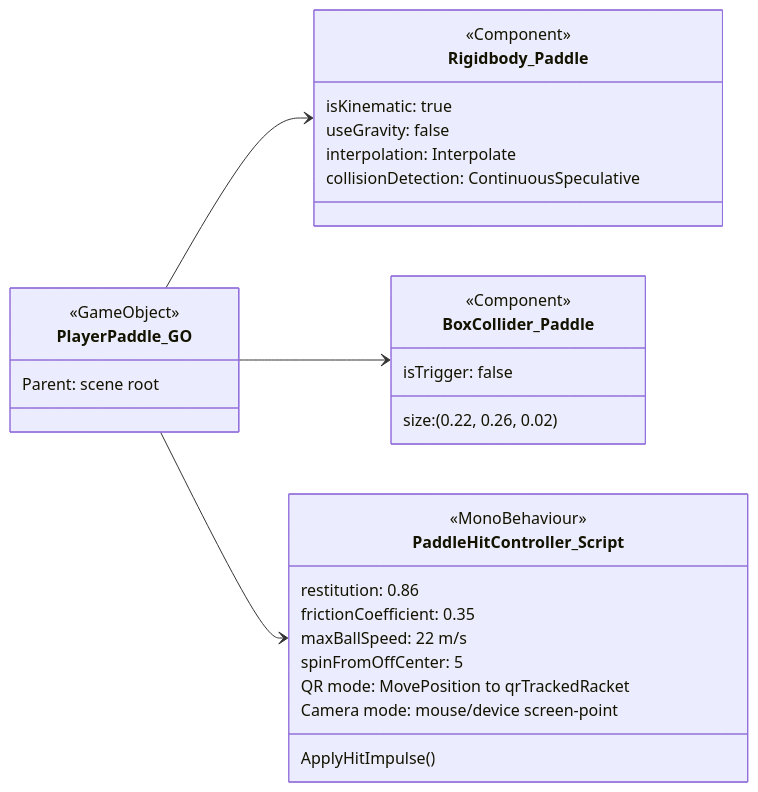
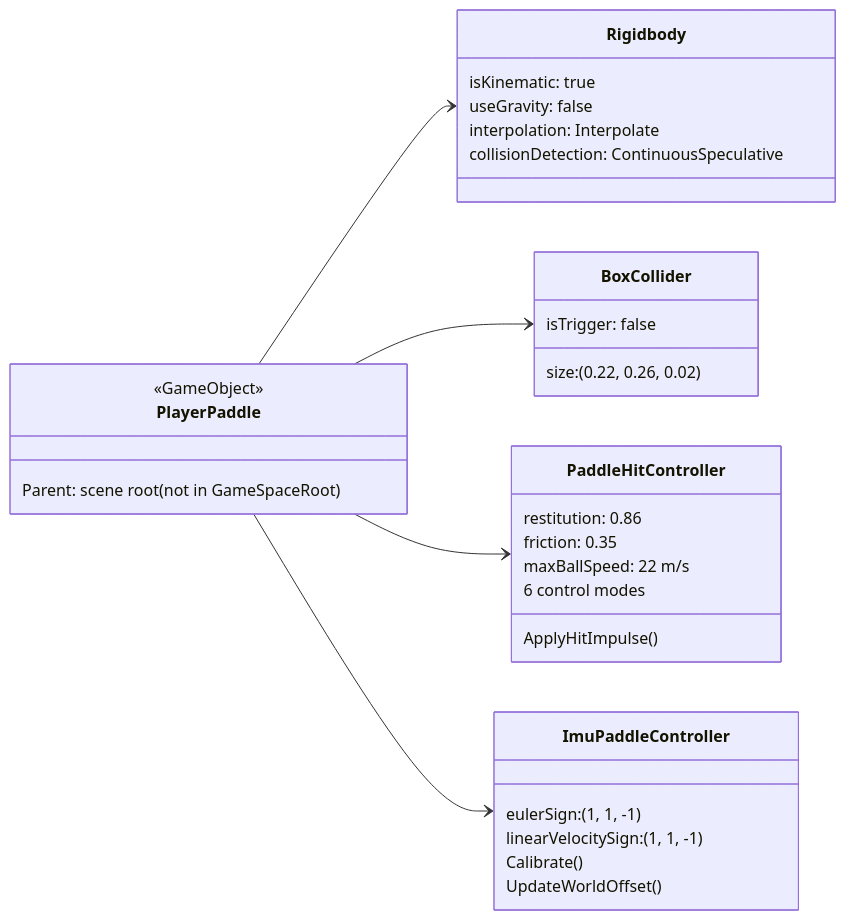
The eighth of 10 diagrams in Docs/UML_Diagrams.md (CG4002-AY2526S2-B03/Capstone_AR_Pickleball_Gameplay), drawn with Mermaid before and after one commit. The commit also changed other lines of this file and 29 other files, not shown here.

````diff
--- a/Docs/UML_Diagrams.md
+++ b/Docs/UML_Diagrams.md
@@ -497,38 +445,41 @@
 ```mermaid
 classDiagram
     direction LR
 
-    class PlayerPaddle_GO {
+    class PlayerPaddle {
         <<GameObject>>
-        Parent: scene root
+        Parent: scene root (not in GameSpaceRoot)
     }
 
-    class Rigidbody_Paddle {
-        <<Component>>
+    class Rigidbody {
         isKinematic: true
         useGravity: false
         interpolation: Interpolate
         collisionDetection: ContinuousSpeculative
     }
 
-    class BoxCollider_Paddle {
-        <<Component>>
+    class BoxCollider {
         size: (0.22, 0.26, 0.02)
         isTrigger: false
     }
 
-    class PaddleHitController_Script {
-        <<MonoBehaviour>>
+    class PaddleHitController {
         restitution: 0.86
-        frictionCoefficient: 0.35
+        friction: 0.35
         maxBallSpeed: 22 m/s
-        spinFromOffCenter: 5
-        QR mode: MovePosition to qrTrackedRacket
-        Camera mode: mouse/device screen-point
+        6 control modes
         ApplyHitImpulse()
     }
 
-    PlayerPaddle_GO --> Rigidbody_Paddle
-    PlayerPaddle_GO --> BoxCollider_Paddle
-    PlayerPaddle_GO --> PaddleHitController_Script
+    class ImuPaddleController {
+        eulerSign: (1, 1, -1)
+        linearVelocitySign: (1, 1, -1)
+        Calibrate()
+        UpdateWorldOffset()
+    }
+
+    PlayerPaddle --> Rigidbody
+    PlayerPaddle --> BoxCollider
+    PlayerPaddle --> PaddleHitController
+    PlayerPaddle --> ImuPaddleController
 ```
````
